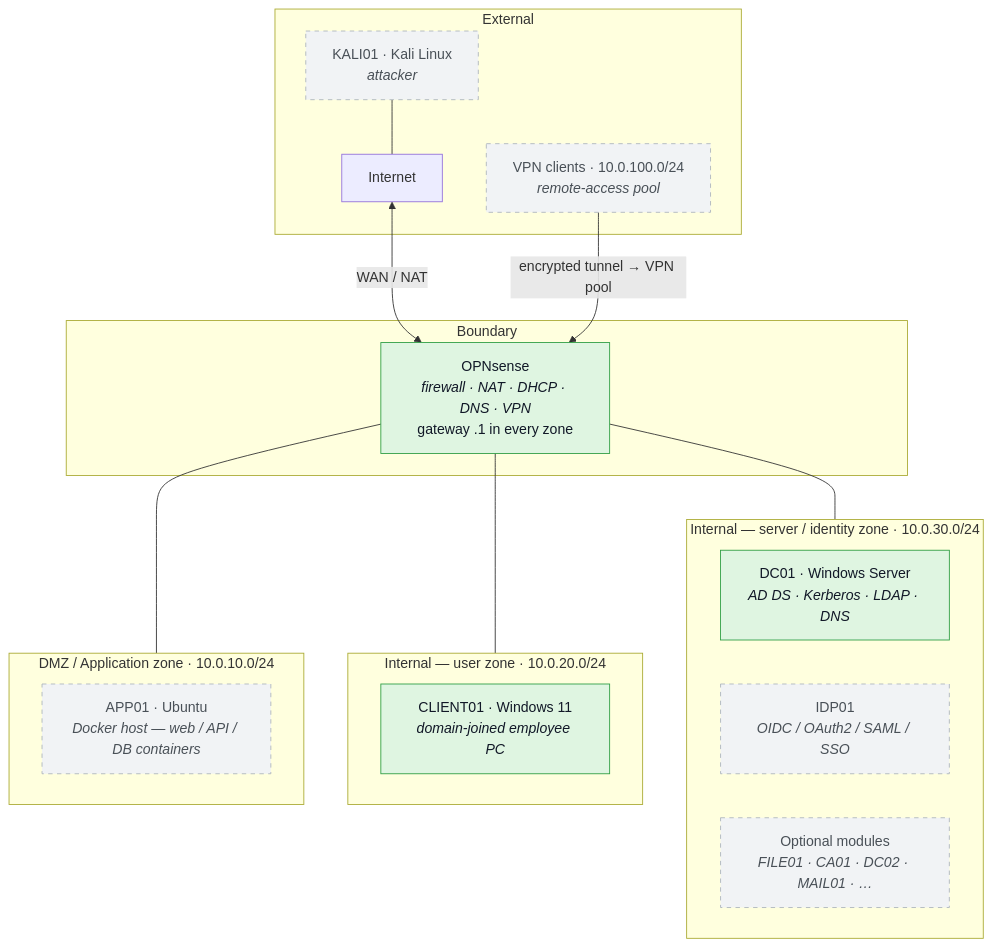
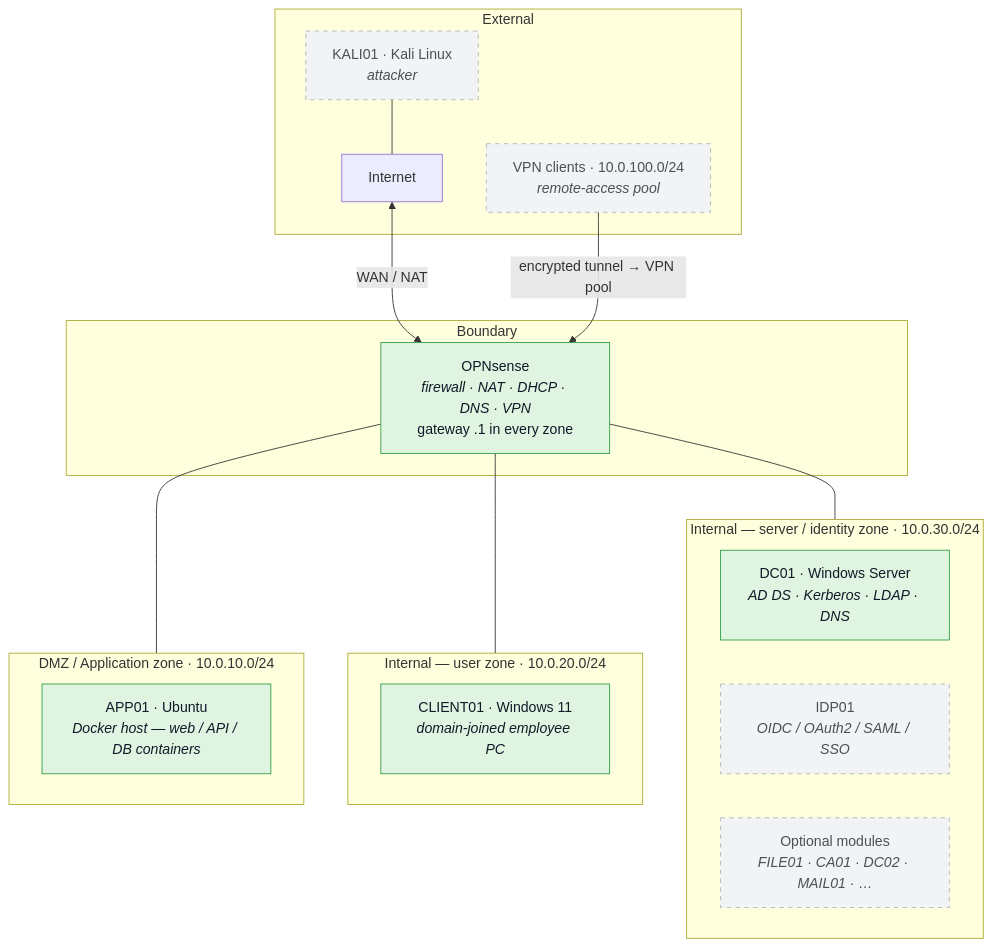
Before and after one commit to NiflheimDevs/clayface: the diagram in red-clay/Overview.md, drawn with Mermaid. The commit also changed other lines of this file and 27 other files, not shown here.

````diff
--- a/red-clay/Overview.md
+++ b/red-clay/Overview.md
@@ -22,41 +22,41 @@
 ```mermaid
 flowchart TB
 
     subgraph WAN["External"]
         KALI["KALI01 · Kali Linux<br/><i>attacker</i>"]
         NET["Internet"]
         VPN["VPN clients · 10.0.100.0/24<br/><i>remote-access pool</i>"]
     end
 
     subgraph EDGE["Boundary"]
         OPN["OPNsense<br/><i>firewall · NAT · DHCP · DNS · VPN</i><br/>gateway .1 in every zone"]
     end
 
     subgraph DMZ["DMZ / Application zone · 10.0.10.0/24"]
         APP01["APP01 · Ubuntu<br/><i>Docker host — web / API / DB containers</i>"]
     end
 
     subgraph USER["Internal — user zone · 10.0.20.0/24"]
         CLIENT01["CLIENT01 · Windows 11<br/><i>domain-joined employee PC</i>"]
     end
 
     subgraph SRV["Internal — server / identity zone · 10.0.30.0/24"]
         DC01["DC01 · Windows Server<br/><i>AD DS · Kerberos · LDAP · DNS</i>"]
         IDP01["IDP01<br/><i>OIDC / OAuth2 / SAML / SSO</i>"]
         OPT["Optional modules<br/><i>FILE01 · CA01 · DC02 · MAIL01 · …</i>"]
     end
 
     NET <-->|WAN / NAT| OPN
     KALI --- NET
     VPN -->|"encrypted tunnel → VPN pool"| OPN
     OPN --- DMZ
     OPN --- USER
     OPN --- SRV
 
     class KALI,VPN planned
-    class APP01,IDP01,OPT planned
-    class OPN,CLIENT01,DC01 built
+    class IDP01,OPT planned
+    class OPN,APP01,CLIENT01,DC01 built
 
     classDef built fill:#dff5e1,stroke:#2f9e44,color:#111827
     classDef planned fill:#f1f3f5,stroke:#adb5bd,color:#495057,stroke-dasharray:5 5
 ```
````
